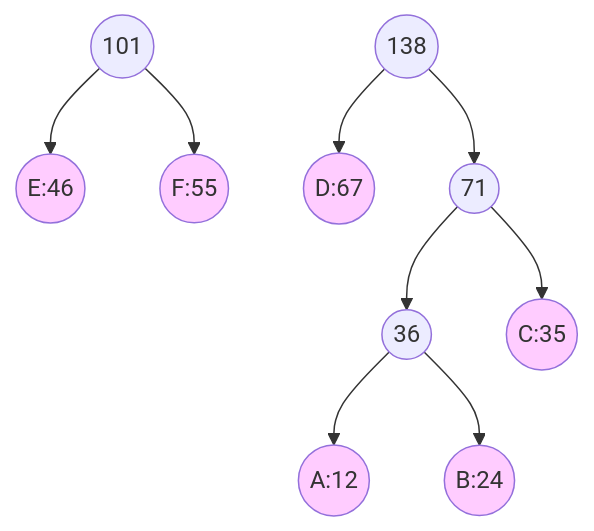
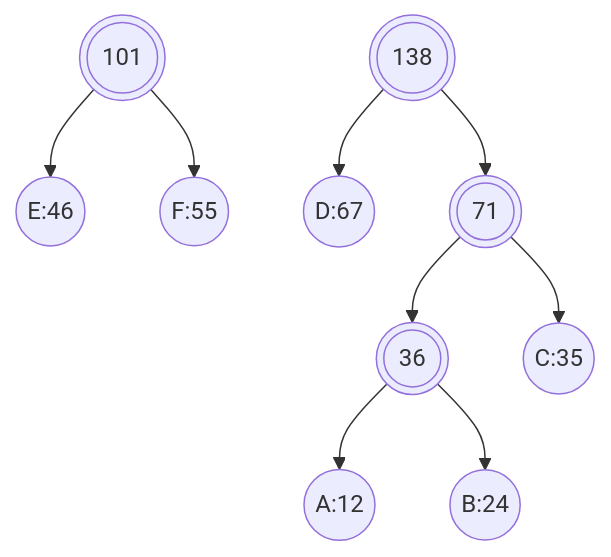
The fifth of 7 diagrams in _posts/DataStructure/Tree/BinaryTree/2020-01-16-哈夫曼树.md (dmjcb/dmjcb.github.io), drawn with Mermaid before and after one commit. The commit also changed other lines of this file and 78 other files, not shown here.

Commit message:
更新git部分图片;添加工作台图片

````diff
--- a/_posts/DataStructure/Tree/BinaryTree/2020-01-16-哈夫曼树.md
+++ b/_posts/DataStructure/Tree/BinaryTree/2020-01-16-哈夫曼树.md
@@ -93,25 +85,23 @@
 ```mermaid
 graph TB
-    C((C:35)):::Style
-    D((D:67)):::Style
-    E((E:46)):::Style
-    F((F:55)):::Style
+    C((C:35))
+    D((D:67))
+    E((E:46))
+    F((F:55))
 
-    Z((101))
+    Z(((101)))
     Z --> E
     Z --> F
 
-    W((138))
+    W(((138)))
     W --> D
     W --> Y
 
-    Y((71))
-    X((36)) 
+    Y(((71)))
+    X(((36))) 
 
     Y --> X
-    Y --> C((C:35)):::Style
-    X --> A((A:12)):::Style
-    X --> B((B:24)):::Style
-
-    classDef Style fill:#FFCCFF
+    Y --> C((C:35))
+    X --> A((A:12))
+    X --> B((B:24))
 ```
````
